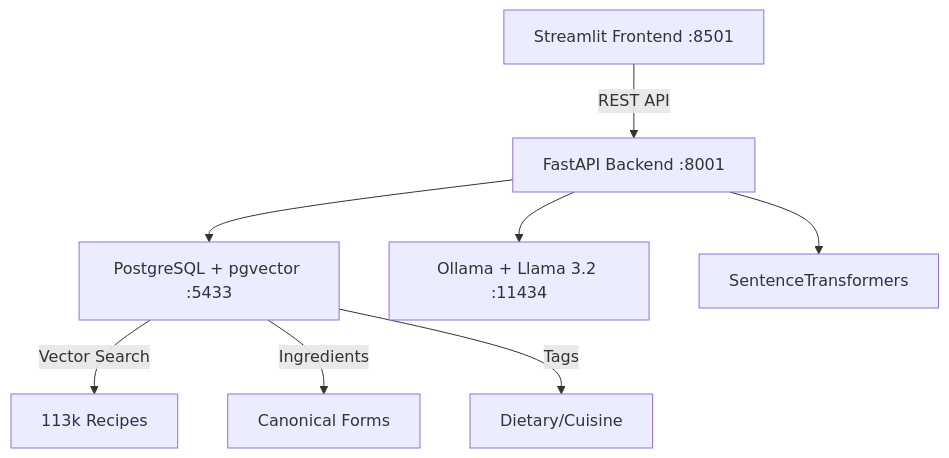
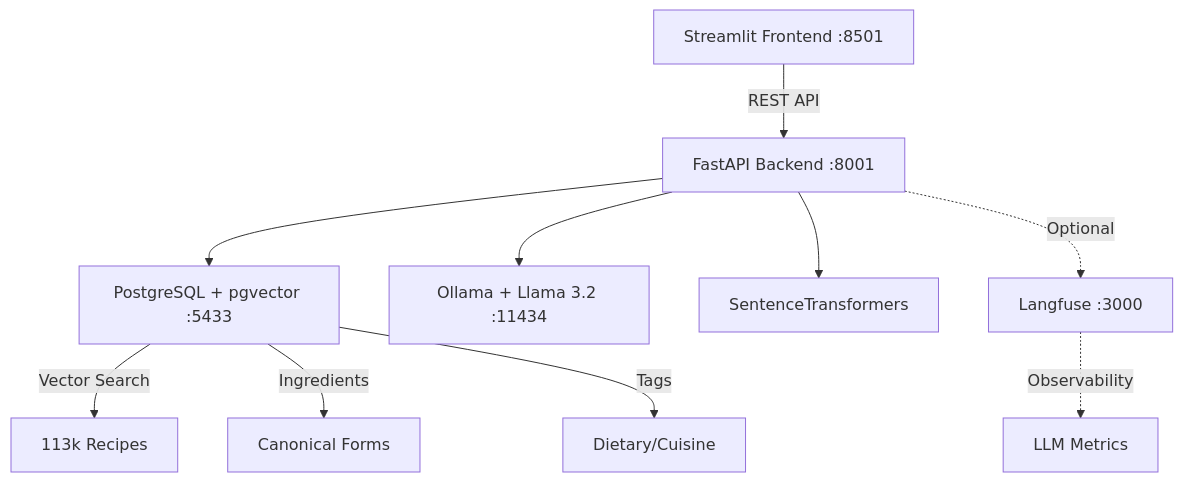
One commit to turgutcem/reciperesuggestion changed the diagram in Recipes_Ingredients/recipe-chat-system/README.md. Above: the diagram before and after it, drawn with Mermaid. The commit also changed other lines of this file and 12 other files, not shown here.

````diff
--- a/Recipes_Ingredients/recipe-chat-system/README.md
+++ b/Recipes_Ingredients/recipe-chat-system/README.md
@@ -68,11 +227,13 @@
 ```mermaid
 graph TD
     A[Streamlit Frontend :8501] -->|REST API| B[FastAPI Backend :8001]
     B --> C[PostgreSQL + pgvector :5433]
     B --> D[Ollama + Llama 3.2 :11434]
     B --> E[SentenceTransformers]
+    B -.->|Optional| F[Langfuse :3000]
     
-    C -->|Vector Search| F[113k Recipes]
-    C -->|Ingredients| G[Canonical Forms]
-    C -->|Tags| H[Dietary/Cuisine]
+    C -->|Vector Search| G[113k Recipes]
+    C -->|Ingredients| H[Canonical Forms]
+    C -->|Tags| I[Dietary/Cuisine]
+    F -.->|Observability| J[LLM Metrics]
 ```
````
